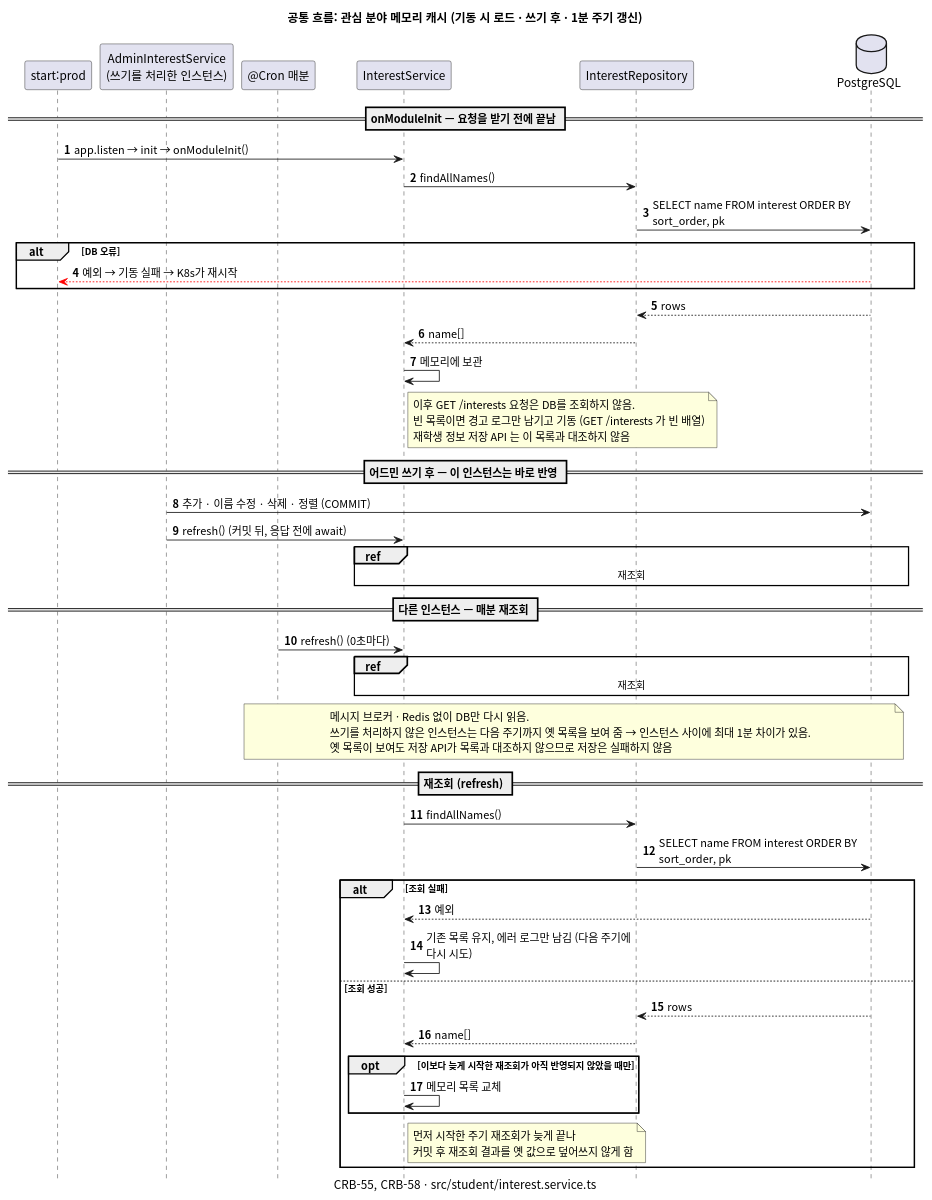
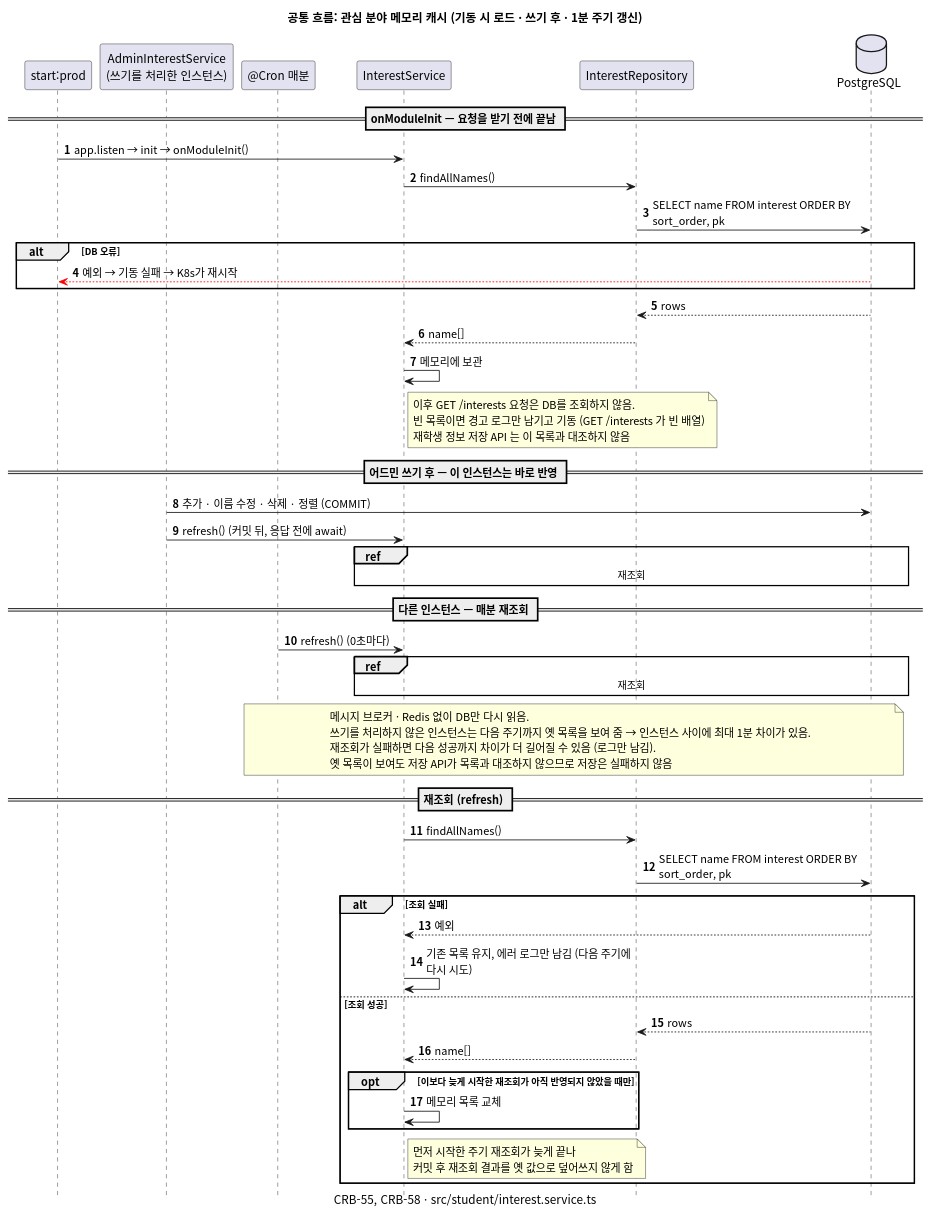
One commit to gsainfoteam/cheers-be changed the diagram in docs/sequence/flow/interest-cache-bootstrap.puml. Above: the diagram before and after it, drawn with PlantUML. The commit also changed 9 other files, not shown here.

```diff
--- a/docs/sequence/flow/interest-cache-bootstrap.puml
+++ b/docs/sequence/flow/interest-cache-bootstrap.puml
@@ -1,70 +1,71 @@
 @startuml interest-cache-bootstrap
 skinparam defaultFontName "Apple SD Gothic Neo", "Noto Sans CJK KR", sans-serif
 skinparam responseMessageBelowArrow true
 skinparam sequenceMessageAlign left
 skinparam maxMessageSize 260
 skinparam BoxPadding 8
 skinparam shadowing false
 autonumber
 hide footbox
 
 title 공통 흐름: 관심 분야 메모리 캐시 (기동 시 로드 · 쓰기 후 · 1분 주기 갱신)
 caption CRB-55, CRB-58 · src/student/interest.service.ts
 
 participant "start:prod" as Entrypoint
 participant "AdminInterestService\n(쓰기를 처리한 인스턴스)" as AdminInterestService
 participant "@Cron 매분" as Cron
 participant "InterestService" as InterestService
 participant "InterestRepository" as InterestRepository
 database PostgreSQL
 
 == onModuleInit — 요청을 받기 전에 끝남 ==
 
 Entrypoint -> InterestService: app.listen → init → onModuleInit()
 InterestService -> InterestRepository: findAllNames()
 InterestRepository -> PostgreSQL: SELECT name FROM interest ORDER BY sort_order, pk
 alt DB 오류
   PostgreSQL -[#red]-> Entrypoint: 예외 → 기동 실패 → K8s가 재시작
 end
 PostgreSQL --> InterestRepository: rows
 InterestRepository --> InterestService: name[]
 InterestService -> InterestService: 메모리에 보관
 note right of InterestService
   이후 GET /interests 요청은 DB를 조회하지 않음.
   빈 목록이면 경고 로그만 남기고 기동 (GET /interests 가 빈 배열)
   재학생 정보 저장 API 는 이 목록과 대조하지 않음
 end note
 
 == 어드민 쓰기 후 — 이 인스턴스는 바로 반영 ==
 
 AdminInterestService -> PostgreSQL: 추가 · 이름 수정 · 삭제 · 정렬 (COMMIT)
 AdminInterestService -> InterestService: refresh() (커밋 뒤, 응답 전에 await)
 ref over InterestService, PostgreSQL: 재조회
 
 == 다른 인스턴스 — 매분 재조회 ==
 
 Cron -> InterestService: refresh() (0초마다)
 ref over InterestService, PostgreSQL: 재조회
 note over Cron, PostgreSQL
   메시지 브로커 · Redis 없이 DB만 다시 읽음.
   쓰기를 처리하지 않은 인스턴스는 다음 주기까지 옛 목록을 보여 줌 → 인스턴스 사이에 최대 1분 차이가 있음.
+  재조회가 실패하면 다음 성공까지 차이가 더 길어질 수 있음 (로그만 남김).
   옛 목록이 보여도 저장 API가 목록과 대조하지 않으므로 저장은 실패하지 않음
 end note
 
 == 재조회 (refresh) ==
 
 InterestService -> InterestRepository: findAllNames()
 InterestRepository -> PostgreSQL: SELECT name FROM interest ORDER BY sort_order, pk
 alt 조회 실패
   PostgreSQL --> InterestService: 예외
   InterestService -> InterestService: 기존 목록 유지, 에러 로그만 남김 (다음 주기에 다시 시도)
 else 조회 성공
   PostgreSQL --> InterestRepository: rows
   InterestRepository --> InterestService: name[]
   opt 이보다 늦게 시작한 재조회가 아직 반영되지 않았을 때만
     InterestService -> InterestService: 메모리 목록 교체
   end
   note right of InterestService: 먼저 시작한 주기 재조회가 늦게 끝나\n커밋 후 재조회 결과를 옛 값으로 덮어쓰지 않게 함
 end
 
 @enduml
```
